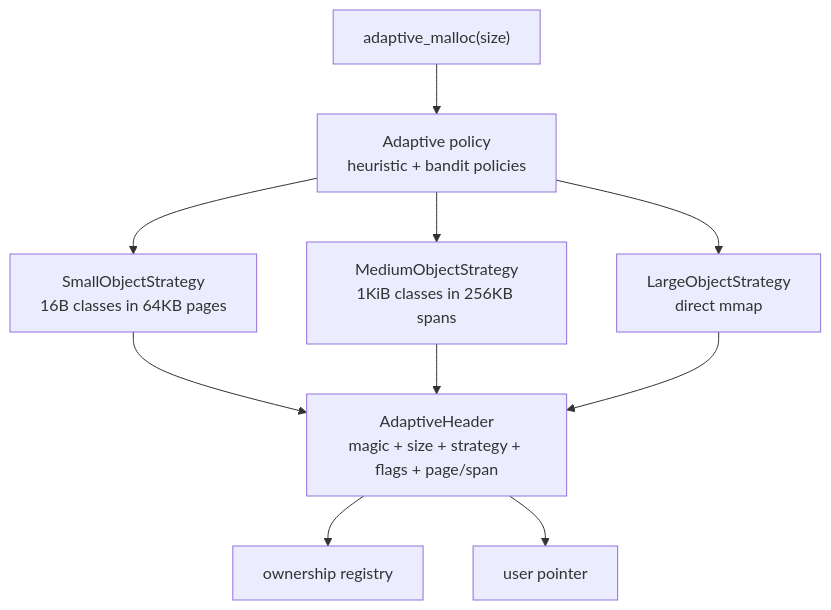
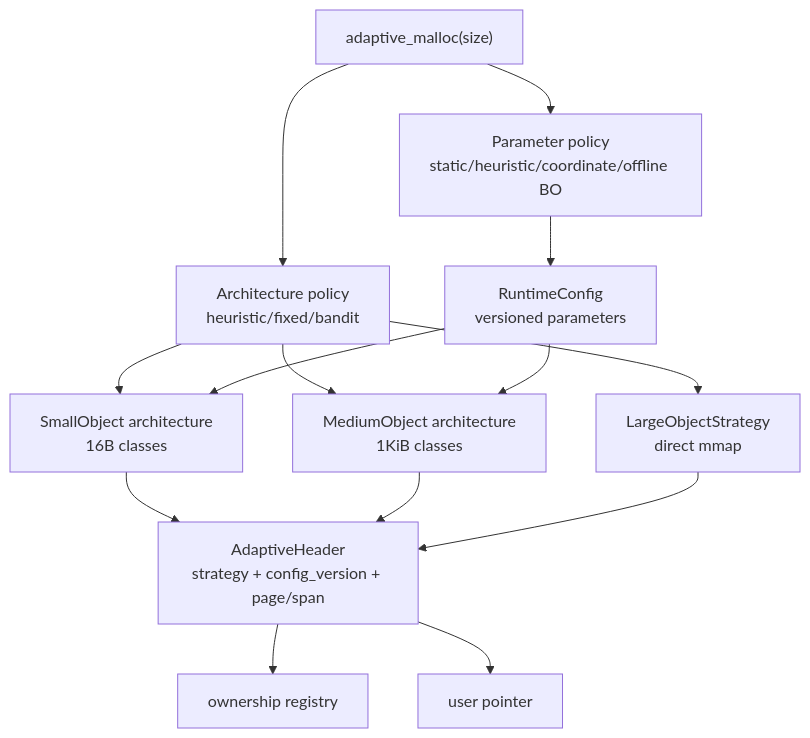
Before and after one commit to sdsasf/my_malloc: the third of 3 diagrams in docs/system_architecture.md, drawn with Mermaid. The commit also changed other lines of this file and 7 other files, not shown here.

````diff
--- a/docs/system_architecture.md
+++ b/docs/system_architecture.md
@@ -158,18 +160,26 @@
 ```mermaid
 flowchart TB
     Req["adaptive_malloc(size)"]
-    Policy["Adaptive policy<br/>heuristic + bandit policies"]
-    Small["SmallObjectStrategy<br/>16B classes in 64KB pages"]
-    Medium["MediumObjectStrategy<br/>1KiB classes in 256KB spans"]
+    ArchPolicy["Architecture policy<br/>heuristic/fixed/bandit"]
+    ParamPolicy["Parameter policy<br/>static/heuristic/coordinate/offline BO"]
+    Config["RuntimeConfig<br/>versioned parameters"]
+    Small["SmallObject architecture<br/>16B classes"]
+    Medium["MediumObject architecture<br/>1KiB classes"]
     Large["LargeObjectStrategy<br/>direct mmap"]
-    Header["AdaptiveHeader<br/>magic + size + strategy + flags + page/span"]
+    Header["AdaptiveHeader<br/>strategy + config_version + page/span"]
     Registry["ownership registry"]
     User["user pointer"]
 
-    Req --> Policy
-    Policy --> Small --> Header
-    Policy --> Medium --> Header
-    Policy --> Large --> Header
+    Req --> ArchPolicy
+    Req --> ParamPolicy --> Config
+    ArchPolicy --> Small
+    ArchPolicy --> Medium
+    ArchPolicy --> Large
+    Config --> Small
+    Config --> Medium
+    Small --> Header
+    Medium --> Header
+    Large --> Header
     Header --> Registry
     Header --> User
 ```
````
